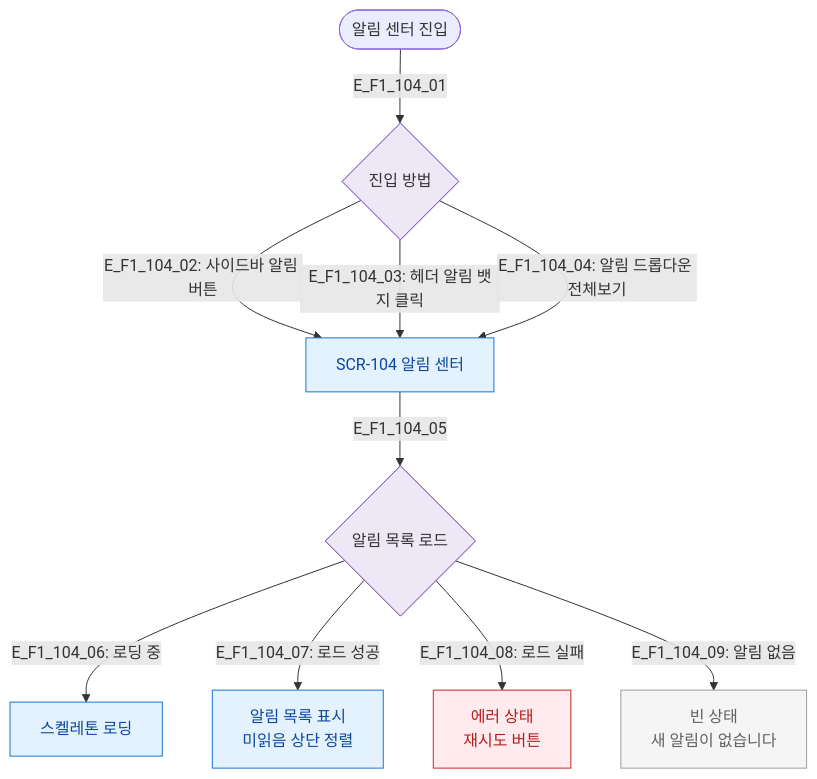
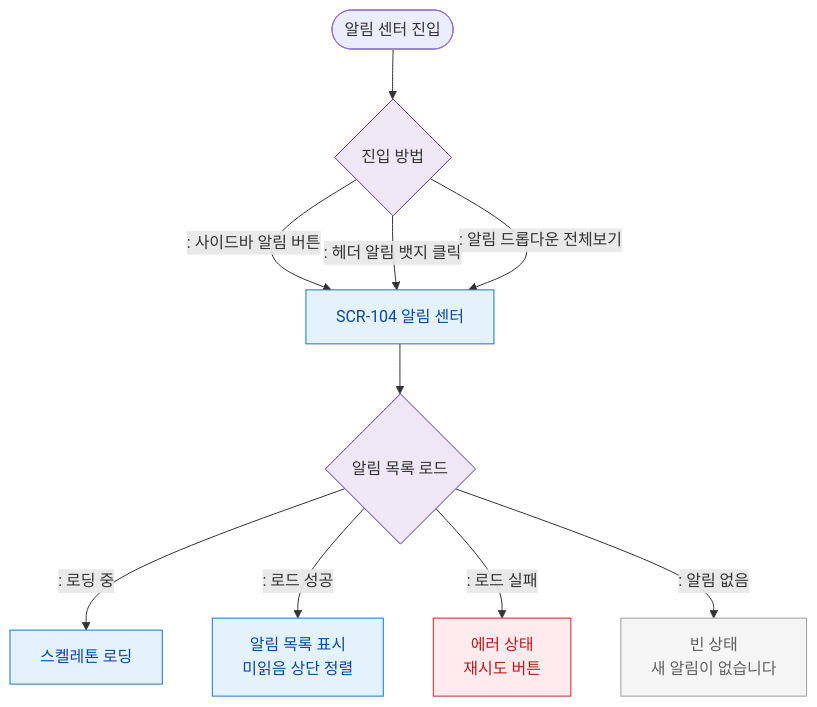
Before and after one commit to dev-spogym/admin-pando: the diagram in docs/다이어그램/D01_공통/SCR-104_알림센터/F1_진입.md, drawn with Mermaid. The commit also changed other lines of this file and 1660 other files, not shown here.

First line of the commit message:
다이어그램: 기획자/클라이언트 납품본으로 정리

````diff
--- a/docs/다이어그램/D01_공통/SCR-104_알림센터/F1_진입.md
+++ b/docs/다이어그램/D01_공통/SCR-104_알림센터/F1_진입.md
@@ -19,23 +17,23 @@
 ```mermaid
 flowchart TD
-    TRIGGER([알림 센터 진입]) -->|E_F1_104_01| OPEN_METHOD{진입 방법}
+    TRIGGER([알림 센터 진입]) --> OPEN_METHOD{진입 방법}
 
-    OPEN_METHOD -->|"E_F1_104_02: 사이드바 알림 버튼"| SCR_104[SCR-104 알림 센터]
-    OPEN_METHOD -->|"E_F1_104_03: 헤더 알림 뱃지 클릭"| SCR_104
-    OPEN_METHOD -->|"E_F1_104_04: 알림 드롭다운 전체보기"| SCR_104
+    OPEN_METHOD -->|": 사이드바 알림 버튼"|SCR_104[SCR-104 알림 센터]
+    OPEN_METHOD -->|": 헤더 알림 뱃지 클릭"|SCR_104
+    OPEN_METHOD -->|": 알림 드롭다운 전체보기"|SCR_104
 
-    SCR_104 -->|E_F1_104_05| LOAD{알림 목록 로드}
-    LOAD -->|"E_F1_104_06: 로딩 중"| STATE_LOADING[스켈레톤 로딩]
-    LOAD -->|"E_F1_104_07: 로드 성공"| STATE_NORMAL[알림 목록 표시\n미읽음 상단 정렬]
-    LOAD -->|"E_F1_104_08: 로드 실패"| STATE_ERROR[에러 상태\n재시도 버튼]
-    LOAD -->|"E_F1_104_09: 알림 없음"| STATE_EMPTY[빈 상태\n새 알림이 없습니다]
+    SCR_104 --> LOAD{알림 목록 로드}
+    LOAD -->|": 로딩 중"|STATE_LOADING[스켈레톤 로딩]
+    LOAD -->|": 로드 성공"|STATE_NORMAL[알림 목록 표시\n미읽음 상단 정렬]
+    LOAD -->|": 로드 실패"|STATE_ERROR[에러 상태\n재시도 버튼]
+    LOAD -->|": 알림 없음"|STATE_EMPTY[빈 상태\n새 알림이 없습니다]
 
-    classDef screen      fill:#E3F2FD,stroke:#1976D2,color:#0D47A1
-    classDef system      fill:#EDE7F6,stroke:#5E35B2
-    classDef error       fill:#FFEBEE,stroke:#C62828,color:#B71C1C
+    classDef screen fill:#E3F2FD,stroke:#1976D2,color:#0D47A1
+    classDef system fill:#EDE7F6,stroke:#5E35B2
+    classDef error fill:#FFEBEE,stroke:#C62828,color:#B71C1C
     classDef rbacBlocked fill:#F5F5F5,stroke:#9E9E9E,color:#616161
     class SCR_104,STATE_NORMAL,STATE_LOADING screen
     class OPEN_METHOD,LOAD system
     class STATE_ERROR error
     class STATE_EMPTY rbacBlocked
 ```
````
